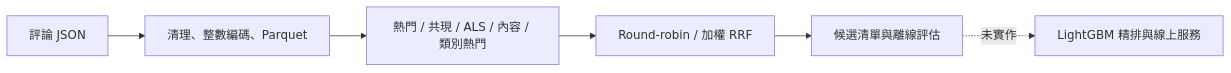
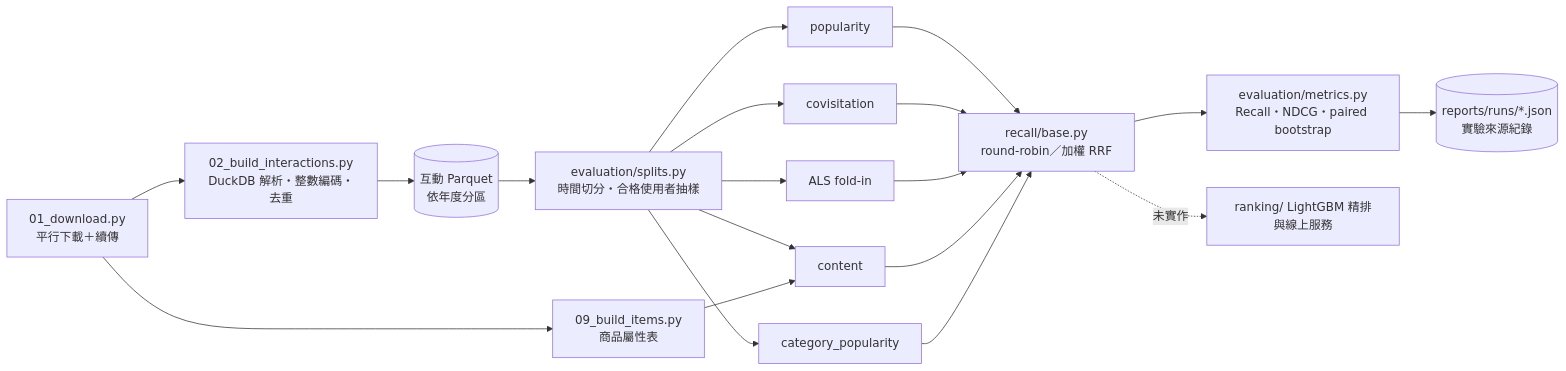
Before and after one commit to mina201199/amazon-recsys-571m: the diagram in README.md, drawn with Mermaid. The commit also changed other lines of this file and 2 other files, not shown here.

````diff
--- a/README.md
+++ b/README.md
@@ -30,8 +44,17 @@
 ```mermaid
 flowchart LR
-    A[評論 JSON] --> B[清理、整數編碼、Parquet]
-    B --> C[熱門 / 共現 / ALS / 內容 / 類別熱門]
-    C --> D[Round-robin / 加權 RRF]
-    D --> E[候選清單與離線評估]
-    E -. 未實作 .-> F[LightGBM 精排與線上服務]
+    A[01_download.py<br/>平行下載＋續傳] --> B[02_build_interactions.py<br/>DuckDB 解析・整數編碼・去重]
+    A --> I[09_build_items.py<br/>商品屬性表]
+    B --> P[(互動 Parquet<br/>依年度分區)]
+    P --> S[evaluation/splits.py<br/>時間切分・合格使用者抽樣]
+    S --> R1[popularity]
+    S --> R2[covisitation]
+    S --> R3[ALS fold-in]
+    S --> R4[content]
+    S --> R5[category_popularity]
+    I --> R4
+    R1 & R2 & R3 & R4 & R5 --> F[recall/base.py<br/>round-robin／加權 RRF]
+    F --> E[evaluation/metrics.py<br/>Recall・NDCG・paired bootstrap]
+    E --> J[(reports/runs/*.json<br/>實驗來源紀錄)]
+    F -. 未實作 .-> X[ranking/ LightGBM 精排與線上服務]
 ```
````
